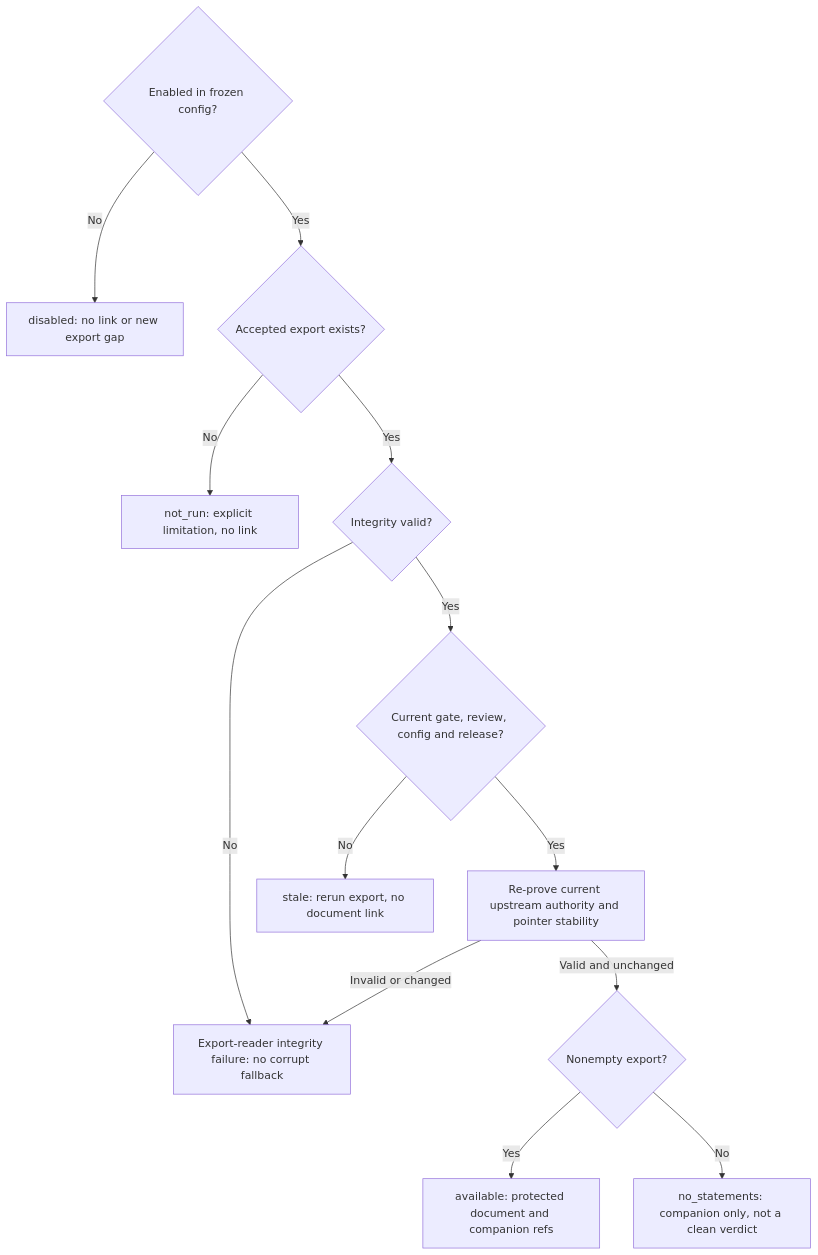
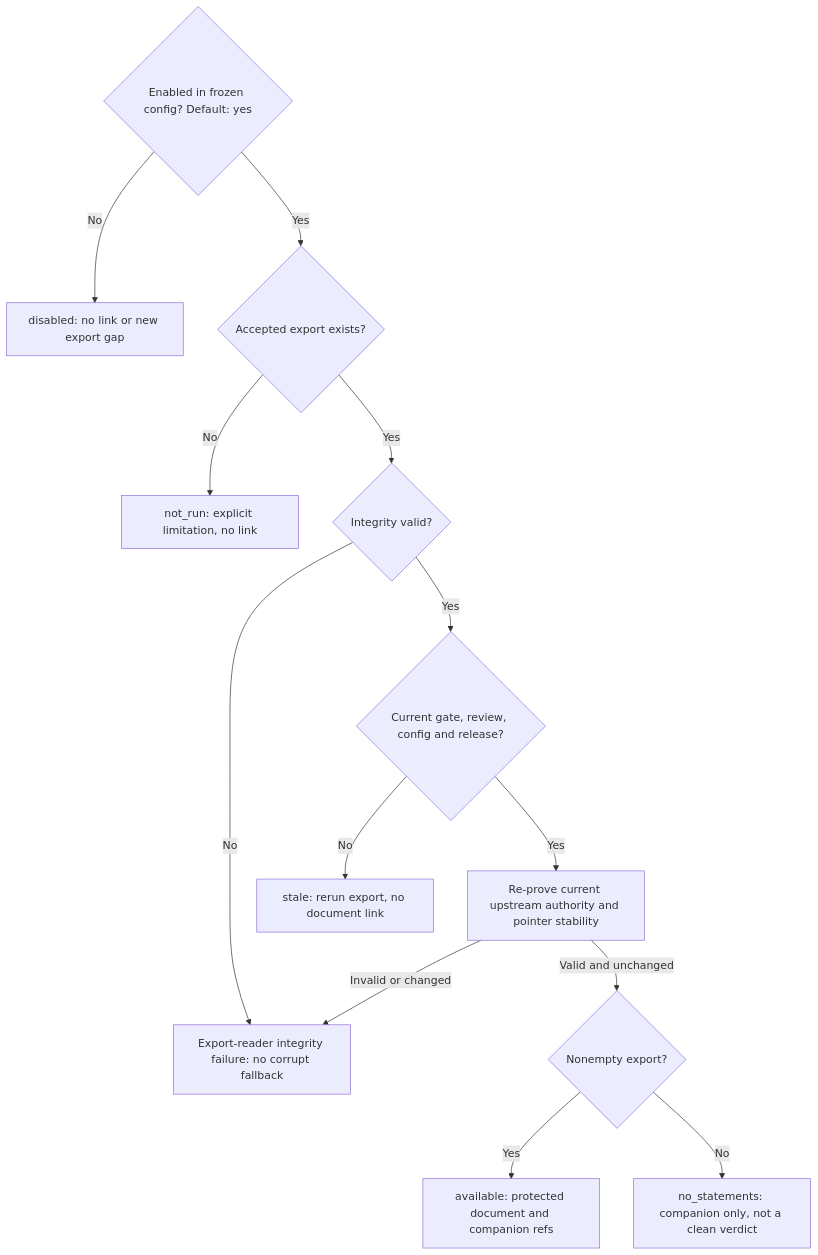
Before and after one commit to wsollers/appsec-review: the third of 3 diagrams in docs/operations/openvex-export.md, drawn with Mermaid. The commit also changed other lines of this file and 10 other files, not shown here.

````diff
--- a/docs/operations/openvex-export.md
+++ b/docs/operations/openvex-export.md
@@ -254,16 +272,16 @@
 ```mermaid
 flowchart TD
-    Enabled{"Enabled in frozen config?"}
+    Enabled{"Enabled in frozen config? Default: yes"}
     Enabled -->|No| Disabled["disabled: no link or new export gap"]
     Enabled -->|Yes| Accepted{"Accepted export exists?"}
     Accepted -->|No| Missing["not_run: explicit limitation, no link"]
     Accepted -->|Yes| Valid{"Integrity valid?"}
     Valid -->|No| Error["Export-reader integrity failure: no corrupt fallback"]
     Valid -->|Yes| Current{"Current gate, review, config and release?"}
     Current -->|No| Stale["stale: rerun export, no document link"]
     Current -->|Yes| Reprove["Re-prove current upstream authority and pointer stability"]
     Reprove -->|Invalid or changed| Error
     Reprove -->|Valid and unchanged| Nonempty{"Nonempty export?"}
     Nonempty -->|Yes| Available["available: protected document and companion refs"]
     Nonempty -->|No| Empty["no_statements: companion only, not a clean verdict"]
 ```
````
